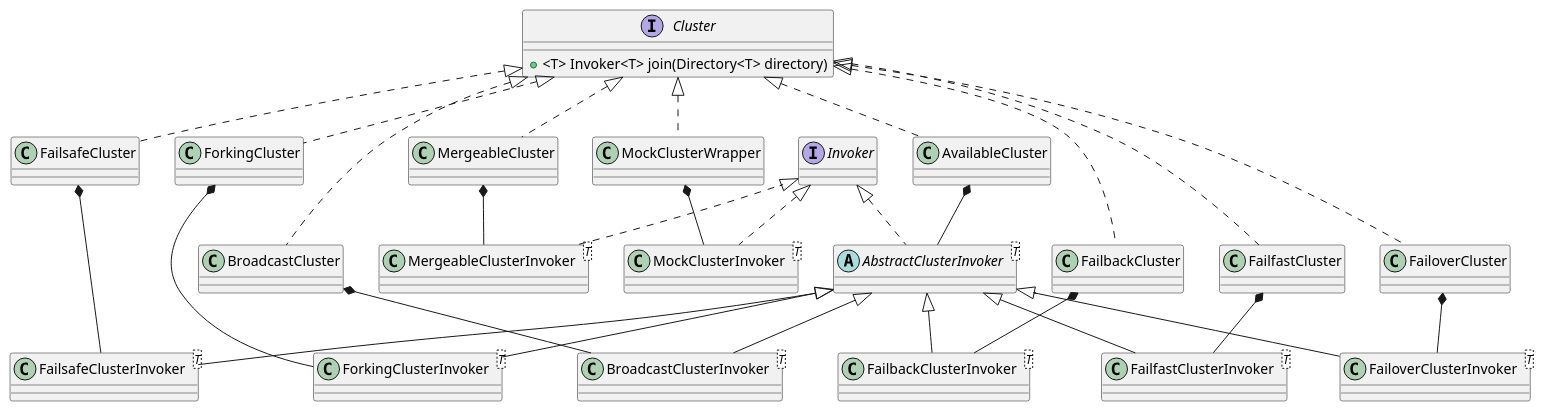
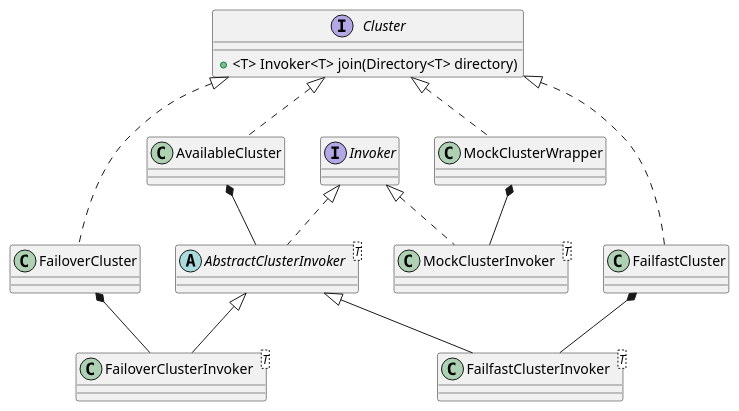
Before and after one commit to zhaojigang/dubbo-notes: the diagram in dubbo-cluster/src/main/java/com/alibaba/dubbo/rpc/cluster/uml/Cluster.puml, drawn with PlantUML. The commit also changed 12 other files, not shown here.

```diff
--- a/dubbo-cluster/src/main/java/com/alibaba/dubbo/rpc/cluster/uml/Cluster.puml
+++ b/dubbo-cluster/src/main/java/com/alibaba/dubbo/rpc/cluster/uml/Cluster.puml
@@ -1,58 +1,33 @@
 @startuml
 
 interface Cluster{
     + <T> Invoker<T> join(Directory<T> directory)
 }
 
 class AvailableCluster implements Cluster {
 }
 
-class BroadcastCluster implements Cluster {
-}
-
-class FailbackCluster implements Cluster {
-}
-
 class FailfastCluster implements Cluster {
 }
 
 class FailoverCluster implements Cluster {
-}
-
-class FailsafeCluster implements Cluster {
-}
-
-class ForkingCluster implements Cluster {
-}
-
-class MergeableCluster implements Cluster {
 }
 
 class MockClusterWrapper implements Cluster {
 }
 
 
 abstract class AbstractClusterInvoker<T> implements Invoker
-class BroadcastClusterInvoker<T> extends AbstractClusterInvoker
-class FailbackClusterInvoker<T> extends AbstractClusterInvoker
 class FailfastClusterInvoker<T> extends AbstractClusterInvoker
 class FailoverClusterInvoker<T> extends AbstractClusterInvoker
-class FailsafeClusterInvoker<T> extends AbstractClusterInvoker
-class ForkingClusterInvoker<T> extends AbstractClusterInvoker
-class MergeableClusterInvoker<T> implements Invoker
 class MockClusterInvoker<T> implements Invoker
 
 
 
 AvailableCluster *-- AbstractClusterInvoker
-BroadcastCluster *-- BroadcastClusterInvoker
-FailbackCluster *-- FailbackClusterInvoker
 FailfastCluster *-- FailfastClusterInvoker
 FailoverCluster *-- FailoverClusterInvoker
-FailsafeCluster *-- FailsafeClusterInvoker
-ForkingCluster *-- ForkingClusterInvoker
-MergeableCluster *-- MergeableClusterInvoker
 MockClusterWrapper *-- MockClusterInvoker
 
 
 @enduml
```
